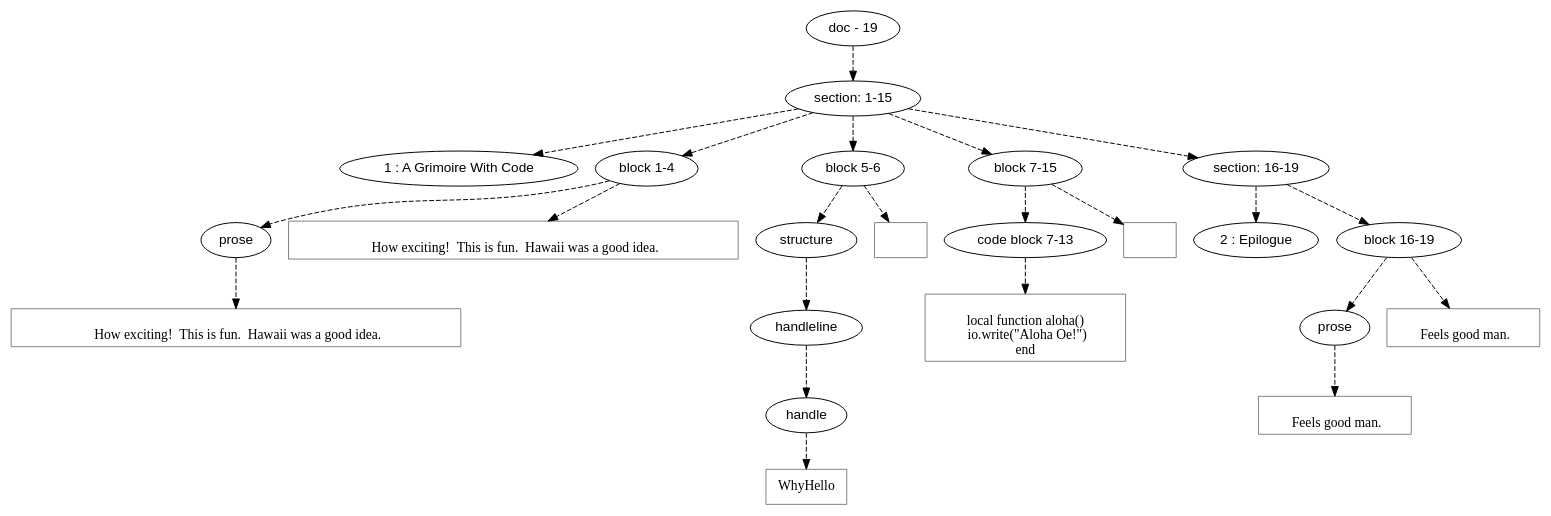
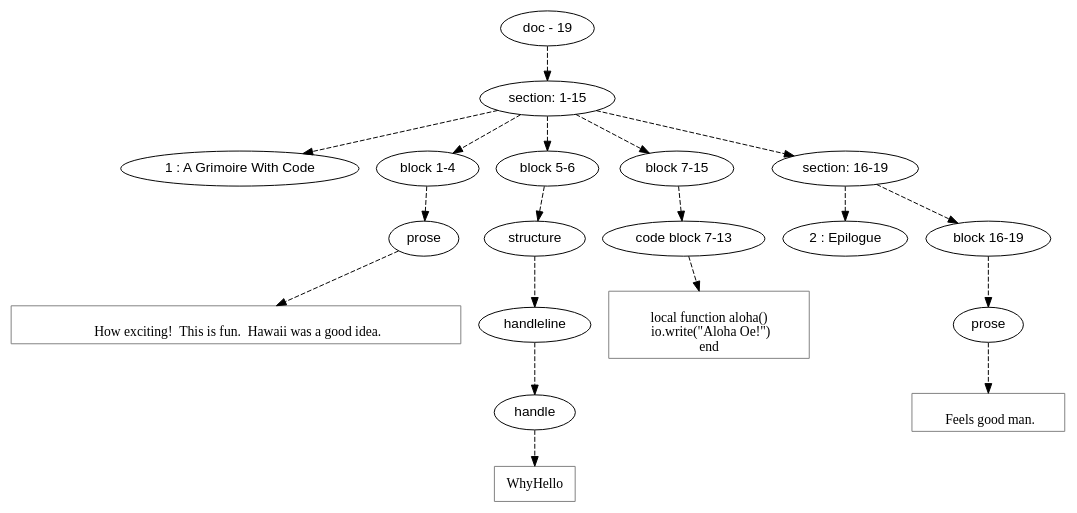
Before and after one commit to mnemnion/orb: the diagram in orb/dot/samples/codeblock.gm-old.dot, drawn with Graphviz. The commit also changed 117 other files, not shown here.

```diff
--- a/orb/dot/samples/codeblock.gm-old.dot
+++ b/orb/dot/samples/codeblock.gm-old.dot
@@ -1,103 +1,90 @@
 digraph hierarchy {
 
 node [fontname=Helvetica]
 edge [style=dashed]
 
 doc_0 [label="doc - 19"]
 
 
 doc_0 -> { section_1}
 {rank=same; section_1}
 
 section_1 [label="section: 1-15"]
 
 
 section_1 -> { header_2 block_3 block_4 block_5 section_6}
 {rank=same; header_2 block_3 block_4 block_5 section_6}
 
 header_2 [label="1 : A Grimoire With Code"]
 
 block_3 [label="block 1-4"]
 
 block_4 [label="block 5-6"]
 
 block_5 [label="block 7-15"]
 
 section_6 [label="section: 16-19"]
 
 
 block_3 -> { prose_7}
 {rank=same; prose_7}
 
 prose_7 [label="prose"]
 
 
 prose_7 -> leaf_8
 leaf_8  [color=Gray,shape=rectangle,fontname=Inconsolata,label="
   How exciting!  This is fun.  Hawaii was a good idea.
 "]
-block_3 -> leaf_9
-leaf_9  [color=Gray,shape=rectangle,fontname=Inconsolata,label="
-  How exciting!  This is fun.  Hawaii was a good idea.
-"]
-block_4 -> { structure_10}
-{rank=same; structure_10}
+block_4 -> { structure_9}
+{rank=same; structure_9}
 
-structure_10 [label="structure"]
+structure_9 [label="structure"]
 
 
-structure_10 -> { handleline_11}
-{rank=same; handleline_11}
+structure_9 -> { handleline_10}
+{rank=same; handleline_10}
 
-handleline_11 [label="handleline"]
+handleline_10 [label="handleline"]
 
 
-handleline_11 -> { handle_12}
-{rank=same; handle_12}
+handleline_10 -> { handle_11}
+{rank=same; handle_11}
 
-handle_12 [label="handle"]
+handle_11 [label="handle"]
 
 
-handle_12 -> leaf_13
-leaf_13  [color=Gray,shape=rectangle,fontname=Inconsolata,label="WhyHello"]
-block_4 -> leaf_14
-leaf_14  [color=Gray,shape=rectangle,fontname=Inconsolata,label=""]
-block_5 -> { codeblock_15}
-{rank=same; codeblock_15}
+handle_11 -> leaf_12
+leaf_12  [color=Gray,shape=rectangle,fontname=Inconsolata,label="WhyHello"]
+block_5 -> { codeblock_13}
+{rank=same; codeblock_13}
 
-codeblock_15 [label="code block 7-13"]
+codeblock_13 [label="code block 7-13"]
 
 
-codeblock_15 -> leaf_16
-leaf_16  [color=Gray,shape=rectangle,fontname=Inconsolata,label="
+codeblock_13 -> leaf_14
+leaf_14  [color=Gray,shape=rectangle,fontname=Inconsolata,label="
 local function aloha()
   io.write(\"Aloha Oe!\")
 end
 "]
-block_5 -> leaf_17
-leaf_17  [color=Gray,shape=rectangle,fontname=Inconsolata,label="
-"]
-section_6 -> { header_18 block_19}
-{rank=same; header_18 block_19}
+section_6 -> { header_15 block_16}
+{rank=same; header_15 block_16}
 
-header_18 [label="2 : Epilogue"]
+header_15 [label="2 : Epilogue"]
 
-block_19 [label="block 16-19"]
+block_16 [label="block 16-19"]
 
 
-block_19 -> { prose_20}
-{rank=same; prose_20}
+block_16 -> { prose_17}
+{rank=same; prose_17}
 
-prose_20 [label="prose"]
+prose_17 [label="prose"]
 
 
-prose_20 -> leaf_21
-leaf_21  [color=Gray,shape=rectangle,fontname=Inconsolata,label="
-  Feels good man.
-"]
-block_19 -> leaf_22
-leaf_22  [color=Gray,shape=rectangle,fontname=Inconsolata,label="
+prose_17 -> leaf_18
+leaf_18  [color=Gray,shape=rectangle,fontname=Inconsolata,label="
   Feels good man.
 "]
 
 }
```
